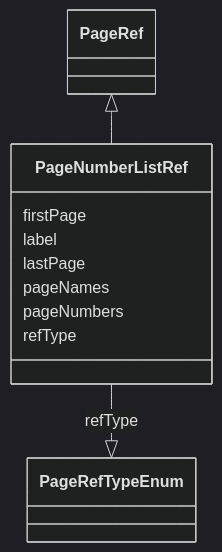
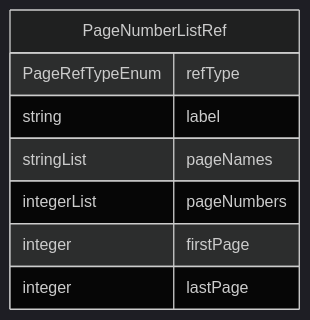
One commit to cdisc-org/analysis-results-standard changed the diagram in project/docs/PageNumberListRef.md. Above: the diagram before and after it, drawn with Mermaid (dark theme). The commit also changed 131 other files, not shown here.

Commit message:
Add top-level diagram to documentation

````diff
--- a/project/docs/PageNumberListRef.md
+++ b/project/docs/PageNumberListRef.md
@@ -14,21 +13,14 @@
 ```mermaid
- classDiagram
-    class PageNumberListRef
-      PageRef <|-- PageNumberListRef
-      
-      PageNumberListRef : firstPage
-        
-      PageNumberListRef : label
-        
-      PageNumberListRef : lastPage
-        
-      PageNumberListRef : pageNames
-        
-      PageNumberListRef : pageNumbers
-        
-      PageNumberListRef : refType
-        
-          PageNumberListRef --|> PageRefTypeEnum : refType
-        
-      
+erDiagram
+PageNumberListRef {
+    PageRefTypeEnum refType  
+    string label  
+    stringList pageNames  
+    integerList pageNumbers  
+    integer firstPage  
+    integer lastPage  
+}
+
+
+
 ```
````
